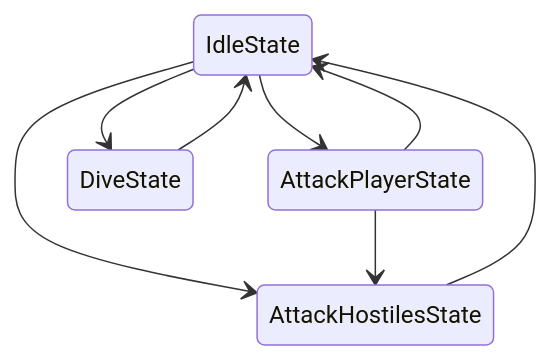
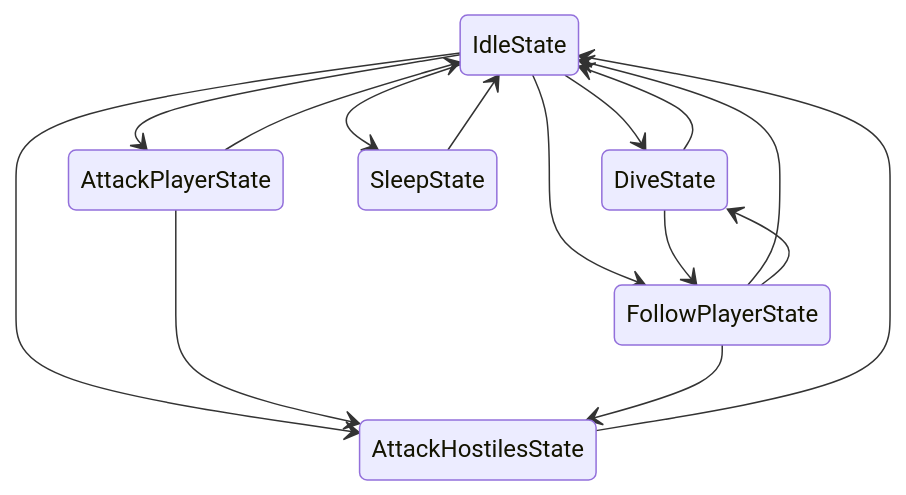
The diagram in README.md (AkagawaTsurunaki/KonekoMinecraftBot), drawn with Mermaid before and after one commit. The commit also changed 2 other files, not shown here.

Commit message:
feat: 实现了睡觉功能

````diff
--- a/README.md
+++ b/README.md
@@ -5,10 +5,17 @@
 ```mermaid
 stateDiagram
     IdleState --> AttackHostilesState
     IdleState --> AttackPlayerState
     IdleState --> DiveState
+    IdleState --> FollowPlayerState
+    IdleState --> SleepState
     AttackHostilesState --> IdleState
     AttackPlayerState --> IdleState
     AttackPlayerState --> AttackHostilesState
     DiveState --> IdleState
+    DiveState --> FollowPlayerState
+    FollowPlayerState --> IdleState
+    FollowPlayerState --> DiveState
+    FollowPlayerState --> AttackHostilesState
+    SleepState --> IdleState
 ```
````
